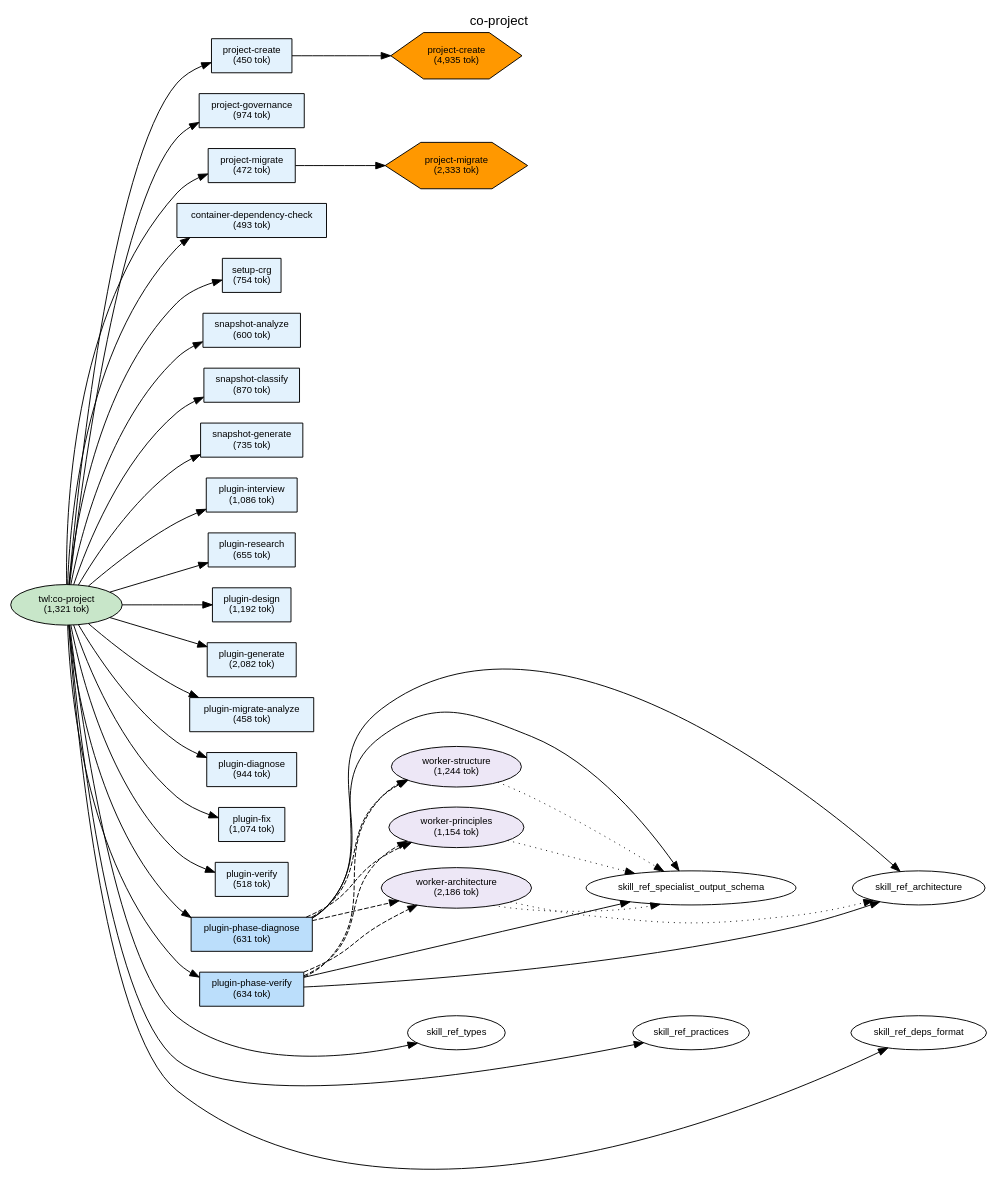
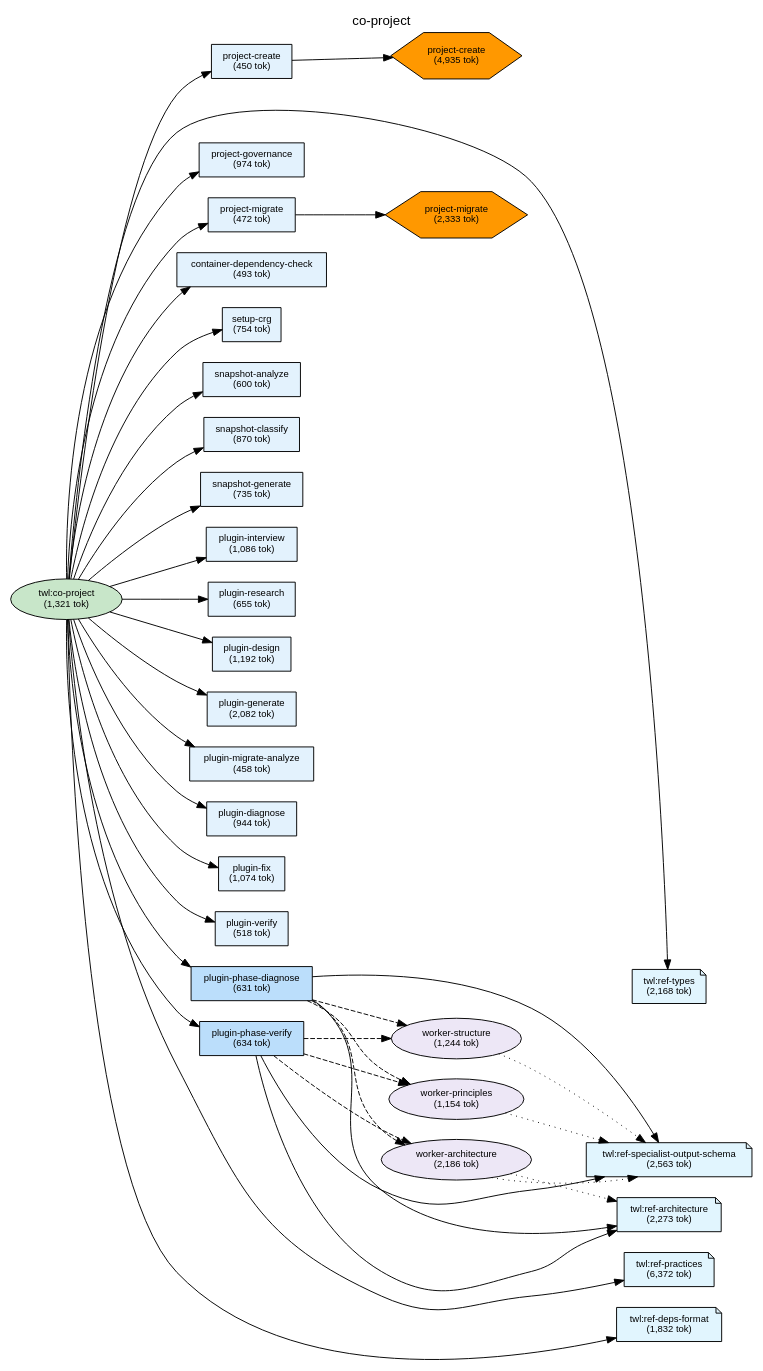
One commit to shuu5/twill changed the diagram in plugins/twl/docs/deps-co-project.dot. Above: the diagram before and after it, drawn with Graphviz. The commit also changed 24 other files, not shown here.

```diff
--- a/plugins/twl/docs/deps-co-project.dot
+++ b/plugins/twl/docs/deps-co-project.dot
@@ -1,133 +1,139 @@
 digraph Dependencies {
     // Graph settings
     rankdir=LR;
     ranksep=0.8;
     nodesep=0.3;
     fontname="Helvetica";
     node [fontname="Helvetica", fontsize=10];
     edge [fontname="Helvetica", fontsize=9];
     label="co-project";
     labelloc=t;
     fontsize=14;
 
     // L0: Controller Skills
     skill_co_project [label="twl:co-project\n(1,321 tok)", shape=ellipse, style=filled, fillcolor="#c8e6c9"];
 
     // L0: Launchers
 
     // L0.5: Workflow Skills
 
     // Reference Skills
+    skill_ref_specialist_output_schema [label="twl:ref-specialist-output-schema\n(2,563 tok)", shape=note, style=filled, fillcolor="#e1f5fe"];
+    skill_ref_types [label="twl:ref-types\n(2,168 tok)", shape=note, style=filled, fillcolor="#e1f5fe"];
+    skill_ref_practices [label="twl:ref-practices\n(6,372 tok)", shape=note, style=filled, fillcolor="#e1f5fe"];
+    skill_ref_deps_format [label="twl:ref-deps-format\n(1,832 tok)", shape=note, style=filled, fillcolor="#e1f5fe"];
+    skill_ref_architecture [label="twl:ref-architecture\n(2,273 tok)", shape=note, style=filled, fillcolor="#e1f5fe"];
 
     // L1: Direct Commands
     cmd_project_create [label="project-create\n(450 tok)", shape=box, style=filled, fillcolor="#e3f2fd"];
     cmd_project_governance [label="project-governance\n(974 tok)", shape=box, style=filled, fillcolor="#e3f2fd"];
     cmd_project_migrate [label="project-migrate\n(472 tok)", shape=box, style=filled, fillcolor="#e3f2fd"];
     cmd_container_dependency_check [label="container-dependency-check\n(493 tok)", shape=box, style=filled, fillcolor="#e3f2fd"];
     cmd_setup_crg [label="setup-crg\n(754 tok)", shape=box, style=filled, fillcolor="#e3f2fd"];
     cmd_snapshot_analyze [label="snapshot-analyze\n(600 tok)", shape=box, style=filled, fillcolor="#e3f2fd"];
     cmd_snapshot_classify [label="snapshot-classify\n(870 tok)", shape=box, style=filled, fillcolor="#e3f2fd"];
     cmd_snapshot_generate [label="snapshot-generate\n(735 tok)", shape=box, style=filled, fillcolor="#e3f2fd"];
     cmd_plugin_interview [label="plugin-interview\n(1,086 tok)", shape=box, style=filled, fillcolor="#e3f2fd"];
     cmd_plugin_research [label="plugin-research\n(655 tok)", shape=box, style=filled, fillcolor="#e3f2fd"];
     cmd_plugin_design [label="plugin-design\n(1,192 tok)", shape=box, style=filled, fillcolor="#e3f2fd"];
     cmd_plugin_generate [label="plugin-generate\n(2,082 tok)", shape=box, style=filled, fillcolor="#e3f2fd"];
     cmd_plugin_migrate_analyze [label="plugin-migrate-analyze\n(458 tok)", shape=box, style=filled, fillcolor="#e3f2fd"];
     cmd_plugin_diagnose [label="plugin-diagnose\n(944 tok)", shape=box, style=filled, fillcolor="#e3f2fd"];
     cmd_plugin_fix [label="plugin-fix\n(1,074 tok)", shape=box, style=filled, fillcolor="#e3f2fd"];
     cmd_plugin_verify [label="plugin-verify\n(518 tok)", shape=box, style=filled, fillcolor="#e3f2fd"];
     cmd_plugin_phase_diagnose [label="plugin-phase-diagnose\n(631 tok)", shape=box, style=filled, fillcolor="#bbdefb"];
     cmd_plugin_phase_verify [label="plugin-phase-verify\n(634 tok)", shape=box, style=filled, fillcolor="#bbdefb"];
 
     // L2: Sub Commands
 
     // L3: Agents
     agent_worker_structure [label="worker-structure\n(1,244 tok)", shape=ellipse, style=filled, fillcolor="#ede7f6"];
     agent_worker_principles [label="worker-principles\n(1,154 tok)", shape=ellipse, style=filled, fillcolor="#ede7f6"];
     agent_worker_architecture [label="worker-architecture\n(2,186 tok)", shape=ellipse, style=filled, fillcolor="#ede7f6"];
 
     // L3.5: Scripts
     script_project_create [label="project-create\n(4,935 tok)", shape=hexagon, style=filled, fillcolor="#FF9800"];
     script_project_migrate [label="project-migrate\n(2,333 tok)", shape=hexagon, style=filled, fillcolor="#FF9800"];
 
     // L4: External
 
     // Layer constraints
     { rank=same; skill_co_project; }
+    { rank=same; skill_ref_specialist_output_schema; skill_ref_types; skill_ref_practices; skill_ref_deps_format; skill_ref_architecture; }
     { rank=same; cmd_project_create; cmd_project_governance; cmd_project_migrate; cmd_container_dependency_check; cmd_setup_crg; cmd_snapshot_analyze; cmd_snapshot_classify; cmd_snapshot_generate; cmd_plugin_interview; cmd_plugin_research; cmd_plugin_design; cmd_plugin_generate; cmd_plugin_migrate_analyze; cmd_plugin_diagnose; cmd_plugin_fix; cmd_plugin_verify; cmd_plugin_phase_diagnose; cmd_plugin_phase_verify; }
     { rank=same; agent_worker_structure; agent_worker_principles; agent_worker_architecture; }
     { rank=same; script_project_create; script_project_migrate; }
 
     // Edges
     skill_co_project -> cmd_project_create;
     skill_co_project -> cmd_project_governance;
     skill_co_project -> cmd_project_migrate;
     skill_co_project -> cmd_container_dependency_check;
     skill_co_project -> cmd_setup_crg;
     skill_co_project -> cmd_snapshot_analyze;
     skill_co_project -> cmd_snapshot_classify;
     skill_co_project -> cmd_snapshot_generate;
     skill_co_project -> cmd_plugin_interview;
     skill_co_project -> cmd_plugin_research;
     skill_co_project -> cmd_plugin_design;
     skill_co_project -> cmd_plugin_generate;
     skill_co_project -> cmd_plugin_migrate_analyze;
     skill_co_project -> cmd_plugin_diagnose;
     skill_co_project -> cmd_plugin_fix;
     skill_co_project -> cmd_plugin_verify;
     skill_co_project -> cmd_plugin_phase_diagnose;
     skill_co_project -> cmd_plugin_phase_verify;
     skill_co_project -> skill_ref_types;
     skill_co_project -> skill_ref_practices;
     skill_co_project -> skill_ref_deps_format;
     cmd_project_create -> script_project_create;
     cmd_project_migrate -> script_project_migrate;
     cmd_plugin_phase_diagnose -> agent_worker_structure [style=dashed];
     cmd_plugin_phase_diagnose -> agent_worker_principles [style=dashed];
     cmd_plugin_phase_diagnose -> agent_worker_architecture [style=dashed];
     cmd_plugin_phase_diagnose -> skill_ref_specialist_output_schema;
     cmd_plugin_phase_diagnose -> skill_ref_architecture;
     cmd_plugin_phase_verify -> agent_worker_structure [style=dashed];
     cmd_plugin_phase_verify -> agent_worker_principles [style=dashed];
     cmd_plugin_phase_verify -> agent_worker_architecture [style=dashed];
     cmd_plugin_phase_verify -> skill_ref_specialist_output_schema;
     cmd_plugin_phase_verify -> skill_ref_architecture;
     agent_worker_structure -> skill_ref_specialist_output_schema [style=dotted];
     agent_worker_principles -> skill_ref_specialist_output_schema [style=dotted];
     agent_worker_architecture -> skill_ref_specialist_output_schema [style=dotted];
     agent_worker_architecture -> skill_ref_architecture [style=dotted];
 
     // Ordering constraints (invisible edges)
     cmd_project_create -> cmd_project_governance [style=invis, weight=10];
     cmd_project_governance -> cmd_project_migrate [style=invis, weight=10];
     cmd_project_migrate -> cmd_container_dependency_check [style=invis, weight=10];
     cmd_container_dependency_check -> cmd_setup_crg [style=invis, weight=10];
     cmd_setup_crg -> cmd_snapshot_analyze [style=invis, weight=10];
     cmd_snapshot_analyze -> cmd_snapshot_classify [style=invis, weight=10];
     cmd_snapshot_classify -> cmd_snapshot_generate [style=invis, weight=10];
     cmd_snapshot_generate -> cmd_plugin_interview [style=invis, weight=10];
     cmd_plugin_interview -> cmd_plugin_research [style=invis, weight=10];
     cmd_plugin_research -> cmd_plugin_design [style=invis, weight=10];
     cmd_plugin_design -> cmd_plugin_generate [style=invis, weight=10];
     cmd_plugin_generate -> cmd_plugin_migrate_analyze [style=invis, weight=10];
     cmd_plugin_migrate_analyze -> cmd_plugin_diagnose [style=invis, weight=10];
     cmd_plugin_diagnose -> cmd_plugin_fix [style=invis, weight=10];
     cmd_plugin_fix -> cmd_plugin_verify [style=invis, weight=10];
     cmd_plugin_verify -> cmd_plugin_phase_diagnose [style=invis, weight=10];
     cmd_plugin_phase_diagnose -> cmd_plugin_phase_verify [style=invis, weight=10];
     cmd_plugin_phase_verify -> skill_ref_types [style=invis, weight=10];
     skill_ref_types -> skill_ref_practices [style=invis, weight=10];
     skill_ref_practices -> skill_ref_deps_format [style=invis, weight=10];
     agent_worker_structure -> agent_worker_principles [style=invis, weight=10];
     agent_worker_principles -> agent_worker_architecture [style=invis, weight=10];
     agent_worker_architecture -> skill_ref_specialist_output_schema [style=invis, weight=10];
     skill_ref_specialist_output_schema -> skill_ref_architecture [style=invis, weight=10];
     agent_worker_structure -> agent_worker_principles [style=invis, weight=10];
     agent_worker_principles -> agent_worker_architecture [style=invis, weight=10];
     agent_worker_architecture -> skill_ref_specialist_output_schema [style=invis, weight=10];
     skill_ref_specialist_output_schema -> skill_ref_architecture [style=invis, weight=10];
     agent_worker_structure -> agent_worker_principles [style=invis, weight=10];
     agent_worker_structure -> agent_worker_principles [style=invis, weight=10];
     agent_worker_architecture -> skill_ref_specialist_output_schema [style=invis, weight=10];
 
 }
```
